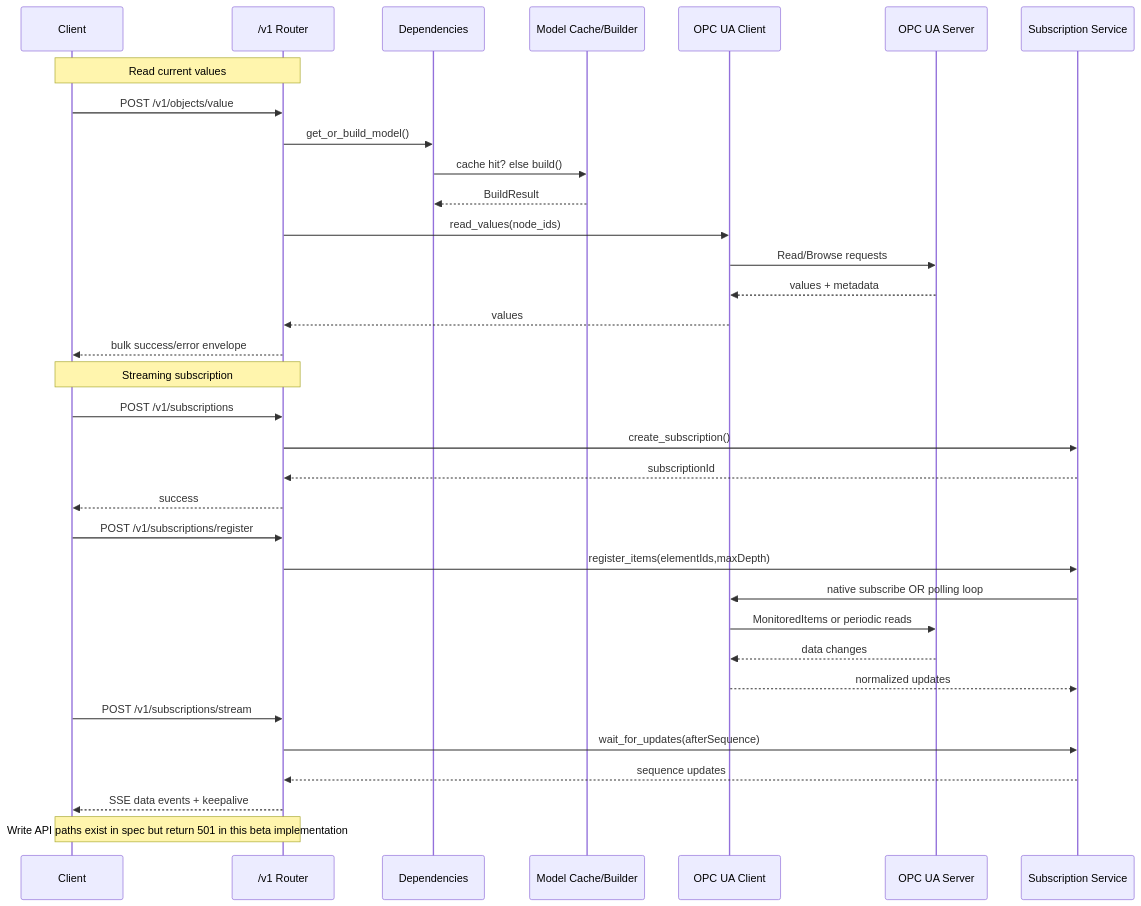
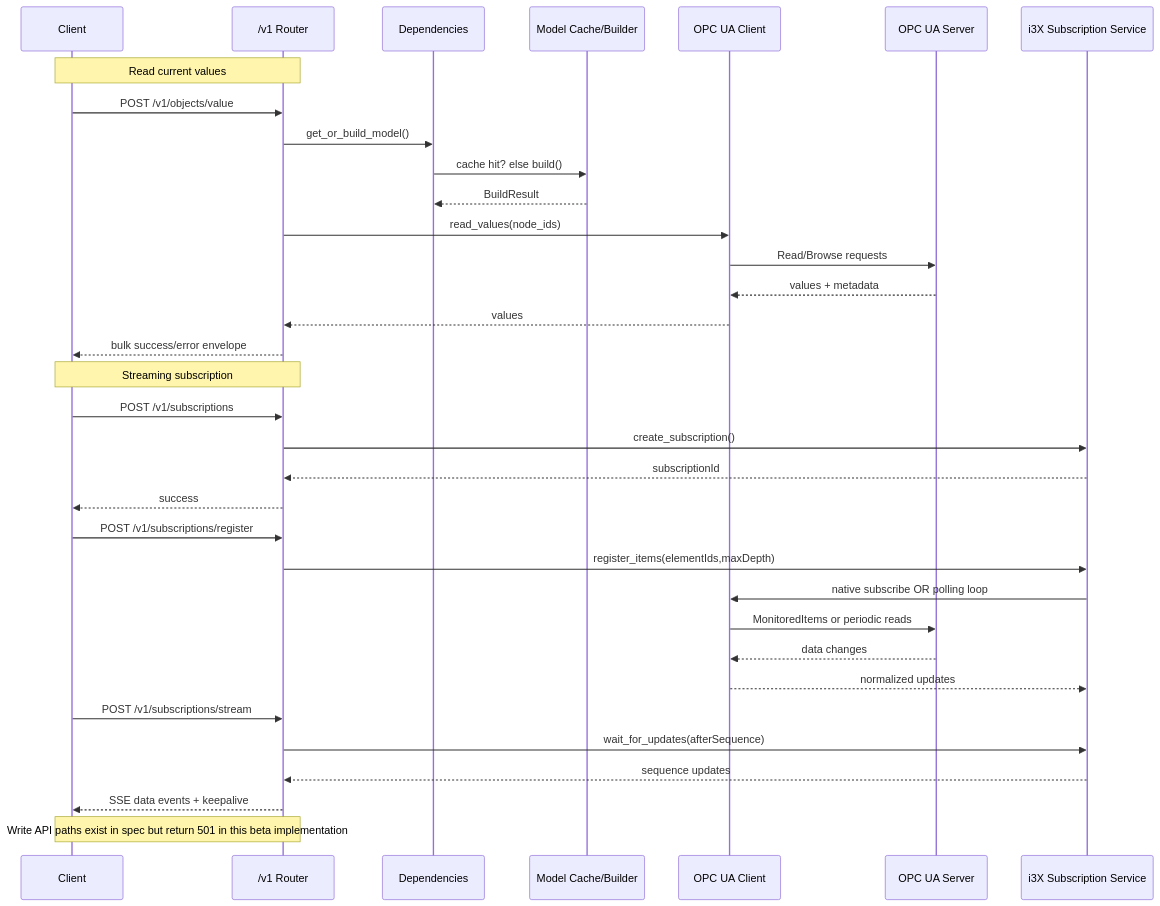
Before and after one commit to AndreasHeine/i3x2ua: the second of 2 diagrams in README.md, drawn with Mermaid. The commit also changed other lines of this file, not shown here.

Commit message:
reduce naming confusion around subscription

````diff
--- a/README.md
+++ b/README.md
@@ -77,40 +77,40 @@
 ```mermaid
 sequenceDiagram
 	participant C as Client
 	participant R as /v1 Router
 	participant D as Dependencies
 	participant M as Model Cache/Builder
 	participant O as OPC UA Client
 	participant U as OPC UA Server
-	participant S as Subscription Service
+	participant S as i3X Subscription Service
 
 	Note over C,R: Read current values
 	C->>R: POST /v1/objects/value
 	R->>D: get_or_build_model()
 	D->>M: cache hit? else build()
 	M-->>D: BuildResult
 	R->>O: read_values(node_ids)
 	O->>U: Read/Browse requests
 	U-->>O: values + metadata
 	O-->>R: values
 	R-->>C: bulk success/error envelope
 
 	Note over C,R: Streaming subscription
 	C->>R: POST /v1/subscriptions
 	R->>S: create_subscription()
 	S-->>R: subscriptionId
 	R-->>C: success
 
 	C->>R: POST /v1/subscriptions/register
 	R->>S: register_items(elementIds,maxDepth)
 	S->>O: native subscribe OR polling loop
 	O->>U: MonitoredItems or periodic reads
 	U-->>O: data changes
 	O-->>S: normalized updates
 	C->>R: POST /v1/subscriptions/stream
 	R->>S: wait_for_updates(afterSequence)
 	S-->>R: sequence updates
 	R-->>C: SSE data events + keepalive
 
 	Note over C,R: Write API paths exist in spec but return 501 in this beta implementation
 ```
````
